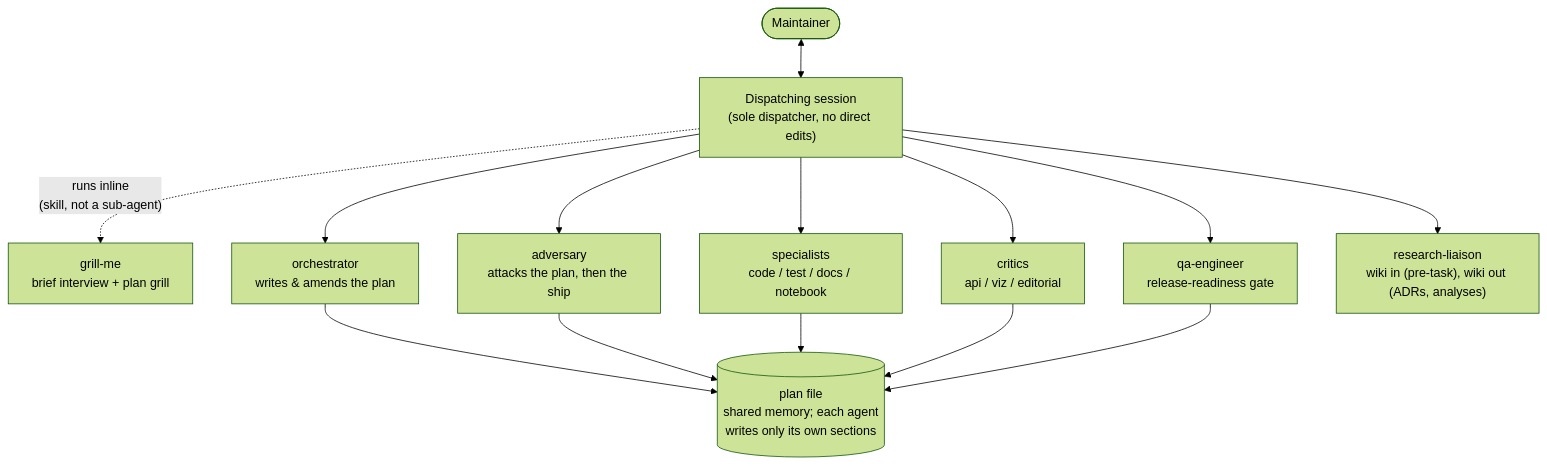
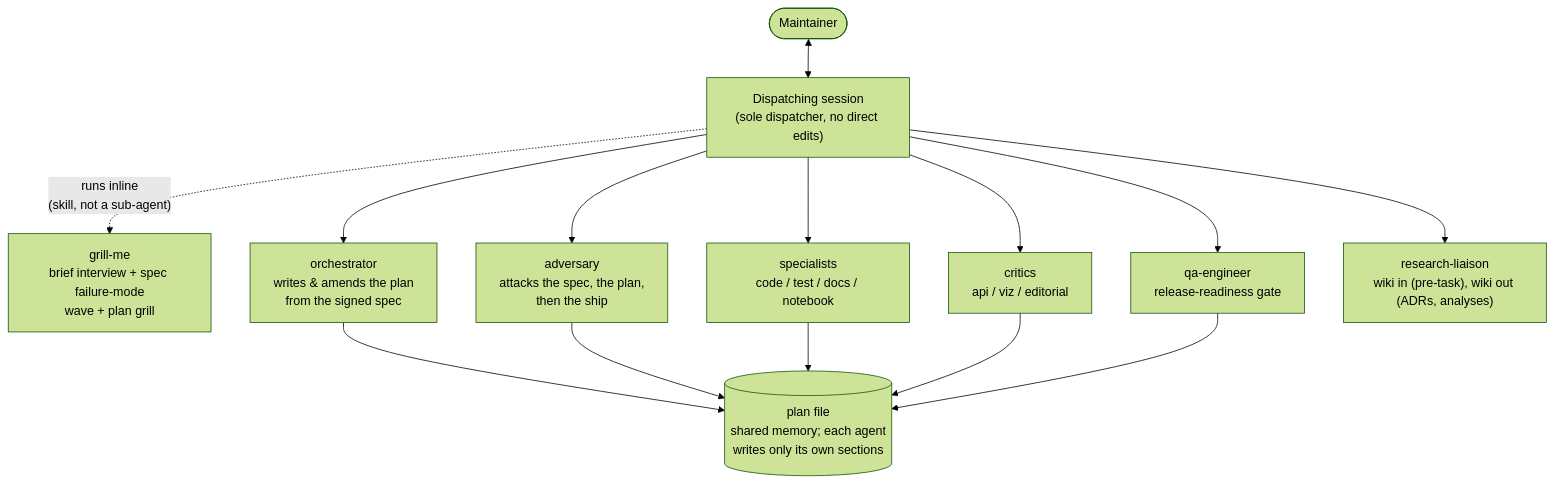
The first of 2 diagrams in README.md (gjkoplik/hiveplotlib-agent-harness), drawn with Mermaid (forest theme) before and after one commit. The commit also changed other lines of this file and 31 other files, not shown here.

````diff
--- a/README.md
+++ b/README.md
@@ -24,16 +24,16 @@
 ```mermaid
 flowchart TD
     M([Maintainer]) <--> DS["Dispatching session<br/>(sole dispatcher, no direct edits)"]
-    DS -. "runs inline<br/>(skill, not a sub-agent)" .-> GRILL["grill-me<br/>brief interview + plan grill"]
-    DS --> ORCH["orchestrator<br/>writes & amends the plan"]
-    DS --> ADV["adversary<br/>attacks the plan, then the ship"]
+    DS -. "runs inline<br/>(skill, not a sub-agent)" .-> GRILL["grill-me<br/>brief interview + spec failure-mode<br/>wave + plan grill"]
+    DS --> ORCH["orchestrator<br/>writes & amends the plan<br/>from the signed spec"]
+    DS --> ADV["adversary<br/>attacks the spec, the plan,<br/>then the ship"]
     DS --> SPEC["specialists<br/>code / test / docs / notebook"]
     DS --> CRIT["critics<br/>api / viz / editorial"]
     DS --> QA["qa-engineer<br/>release-readiness gate"]
     DS --> RL["research-liaison<br/>wiki in (pre-task), wiki out (ADRs, analyses)"]
     ORCH --> PLAN[("plan file<br/>shared memory; each agent<br/>writes only its own sections")]
     ADV --> PLAN
     SPEC --> PLAN
     CRIT --> PLAN
     QA --> PLAN
 ```
````
